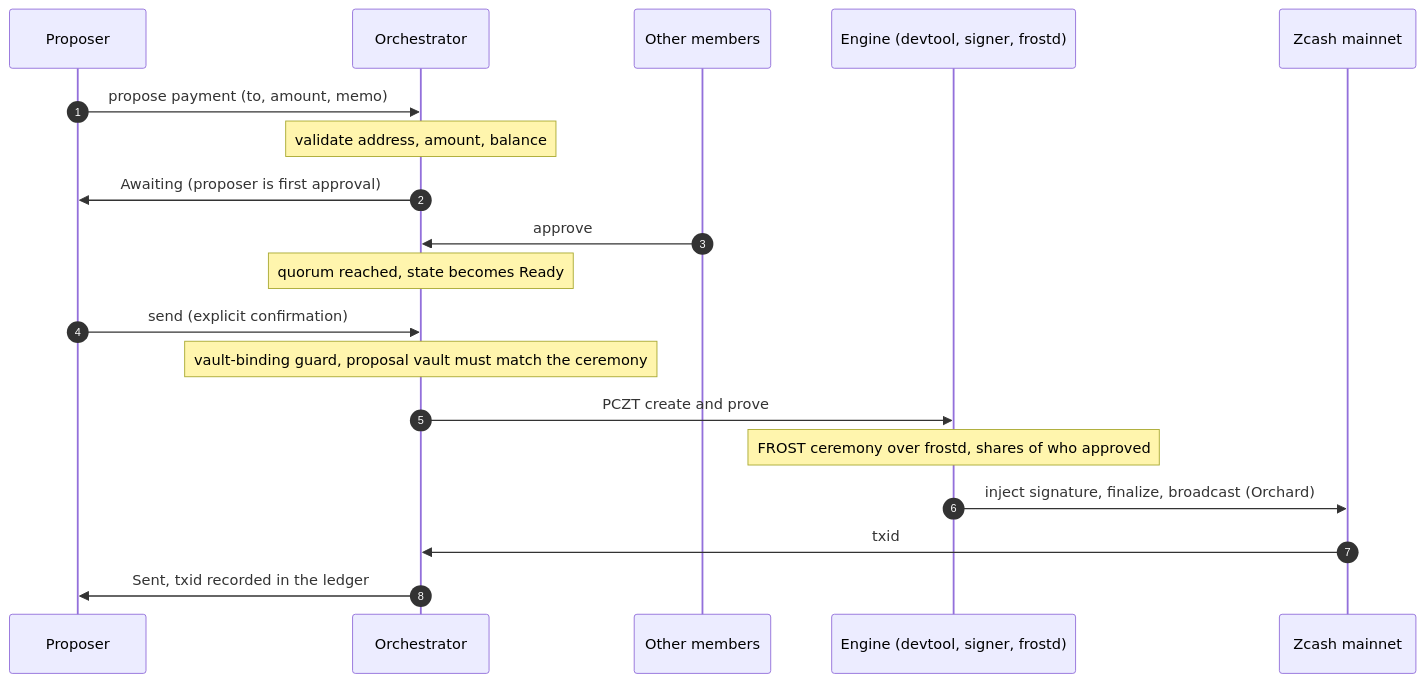
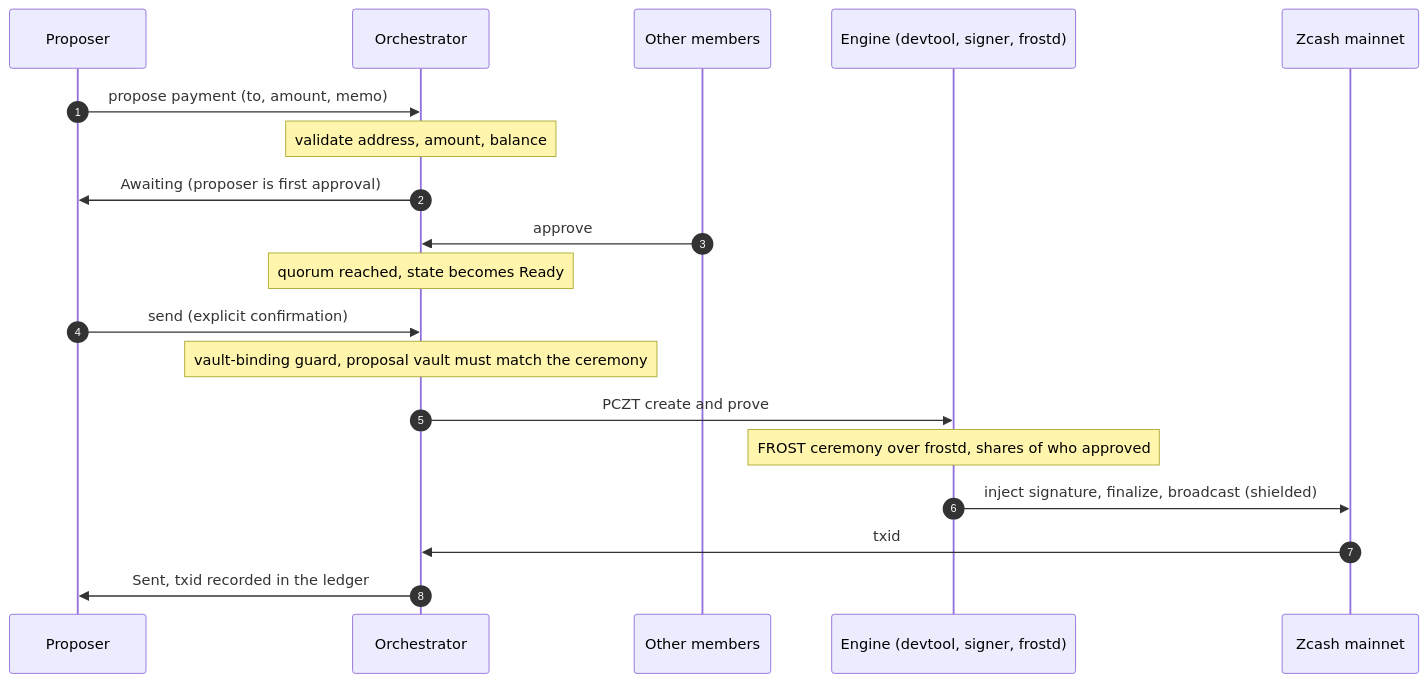
Before and after one commit to deegalabs/konclave: the third of 10 diagrams in docs/DIAGRAMS.md, drawn with Mermaid. The commit also changed other lines of this file and 20 other files, not shown here.

````diff
--- a/docs/DIAGRAMS.md
+++ b/docs/DIAGRAMS.md
@@ -56,22 +56,22 @@
 ```mermaid
 sequenceDiagram
   autonumber
   participant U as Proposer
   participant O as Orchestrator
   participant M as Other members
   participant E as Engine (devtool, signer, frostd)
   participant C as Zcash mainnet
 
   U->>O: propose payment (to, amount, memo)
   Note over O: validate address, amount, balance
   O->>U: Awaiting (proposer is first approval)
   M->>O: approve
   Note over O: quorum reached, state becomes Ready
   U->>O: send (explicit confirmation)
   Note over O: vault-binding guard, proposal vault must match the ceremony
   O->>E: PCZT create and prove
   Note over E: FROST ceremony over frostd, shares of who approved
-  E->>C: inject signature, finalize, broadcast (Orchard)
+  E->>C: inject signature, finalize, broadcast (shielded)
   C->>O: txid
   O->>U: Sent, txid recorded in the ledger
 ```
````
